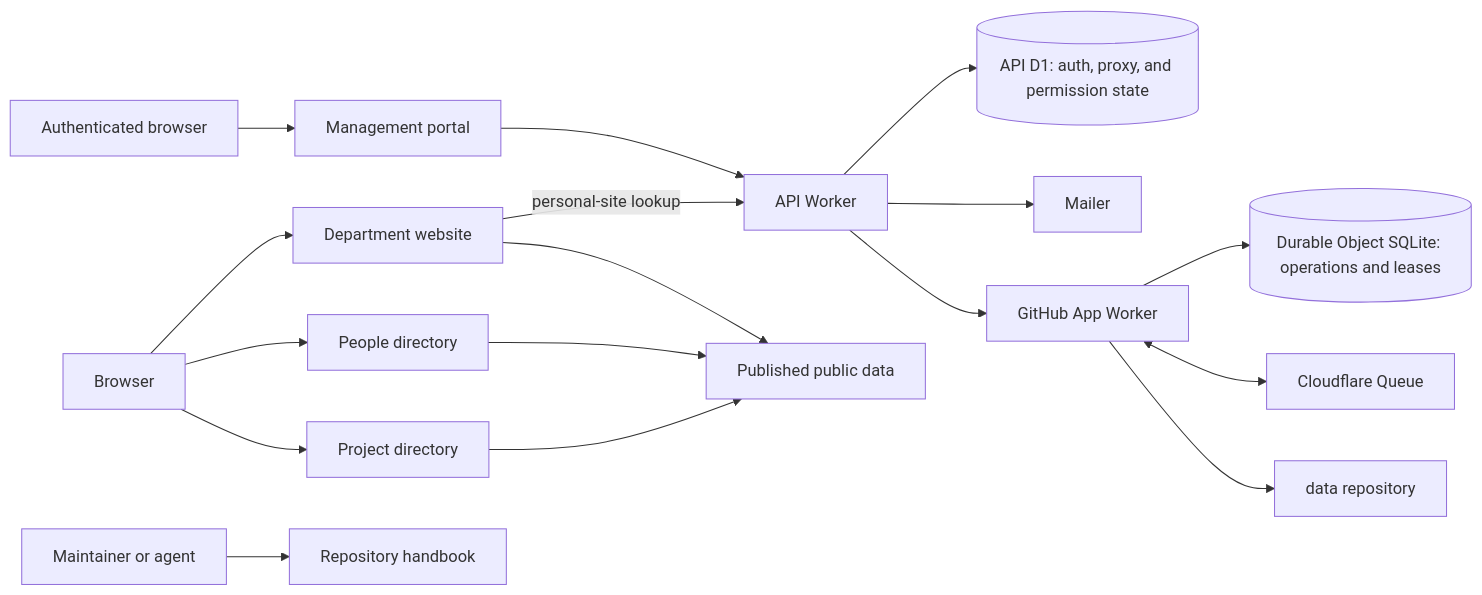
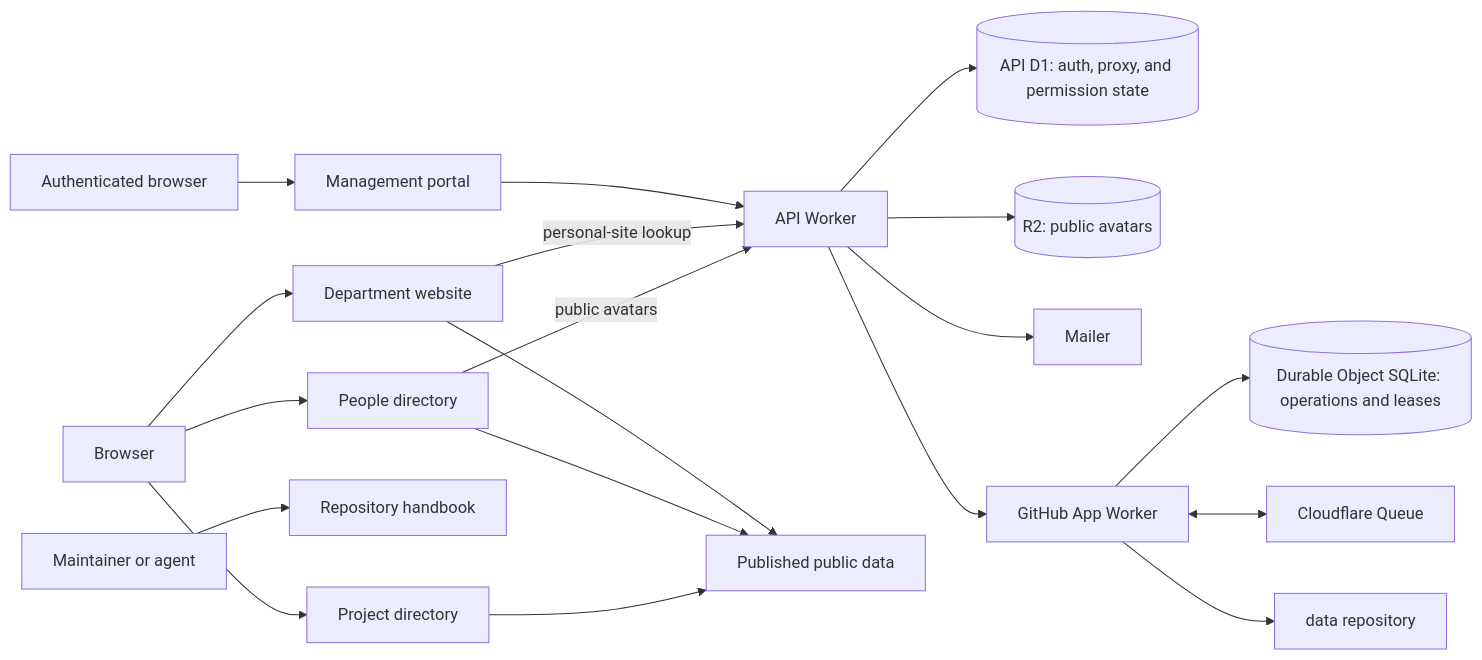
Before and after one commit to shamilaw-sci/CSC3213_20_Group_B: the diagram in README.md, drawn with Mermaid. The commit also changed other lines of this file and 32 other files, not shown here.

Commit message:
feat(people): migrate public avatars to R2 with Jev moderation

````diff
--- a/README.md
+++ b/README.md
@@ -25,19 +25,21 @@
 ```mermaid
 flowchart LR
   Visitor[Browser] --> Web[Department website]
   Visitor --> People[People directory]
   Visitor --> Projects[Project directory]
   Maintainer[Maintainer or agent] --> Docs[Repository handbook]
   Member[Authenticated browser] --> Portal[Management portal]
   Portal --> API[API Worker]
   Web -->|personal-site lookup| API
   API --> State[(API D1: auth, proxy, and permission state)]
+  API --> Avatars[(R2: public avatars)]
   API --> Mailer[Mailer]
   API --> Automation[GitHub App Worker]
   Automation --> Operations[(Durable Object SQLite: operations and leases)]
   Automation <--> Queue[Cloudflare Queue]
   Automation --> DataRepo[data repository]
   Web --> PublicData[Published public data]
   People --> PublicData
+  People -->|public avatars| API
   Projects --> PublicData
 ```
````
